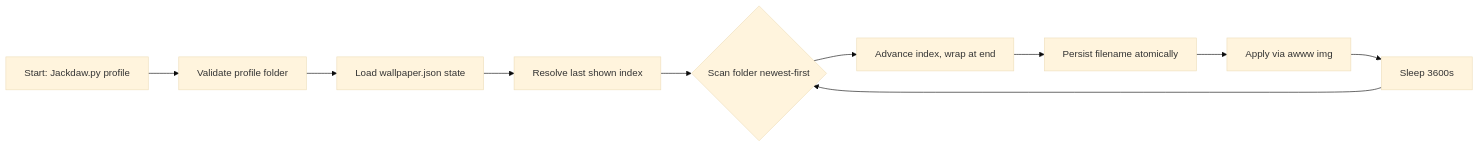
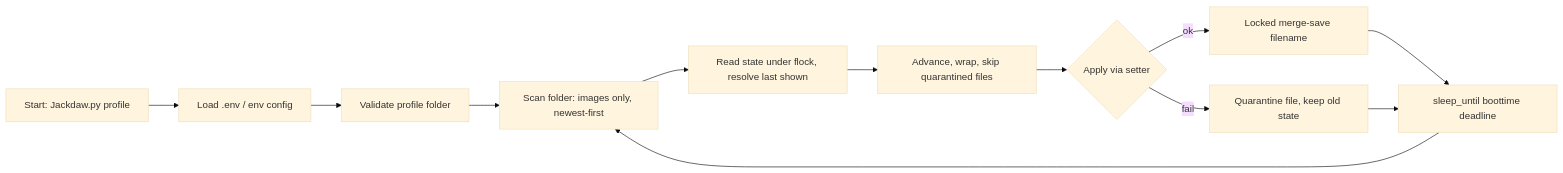
The diagram in README.md (FirozChauhan/Jackdow), drawn with Mermaid (base theme) before and after one commit. The commit also changed other lines of this file and 4 other files, not shown here.

First line of the commit message:
Harden daemon and add CLI; .env config; template README

````diff
--- a/README.md
+++ b/README.md
@@ -28,11 +135,13 @@
 ```mermaid
 flowchart LR
-    A[Start: Jackdaw.py profile] --> B[Validate profile folder]
-    B --> C[Load wallpaper.json state]
-    C --> D[Resolve last shown index]
-    D --> E{Scan folder newest-first}
-    E --> F[Advance index, wrap at end]
-    F --> G[Persist filename atomically]
-    G --> H[Apply via awww img]
-    H --> I[Sleep 3600s] --> E
+    A[Start: Jackdaw.py profile] --> B[Load .env / env config]
+    B --> C[Validate profile folder]
+    C --> D[Scan folder: images only, newest-first]
+    D --> E[Read state under flock, resolve last shown]
+    E --> F[Advance, wrap, skip quarantined files]
+    F --> G{Apply via setter}
+    G -->|ok| H[Locked merge-save filename]
+    G -->|fail| I[Quarantine file, keep old state]
+    H --> J[sleep_until boottime deadline] --> D
+    I --> J
 ```
````
